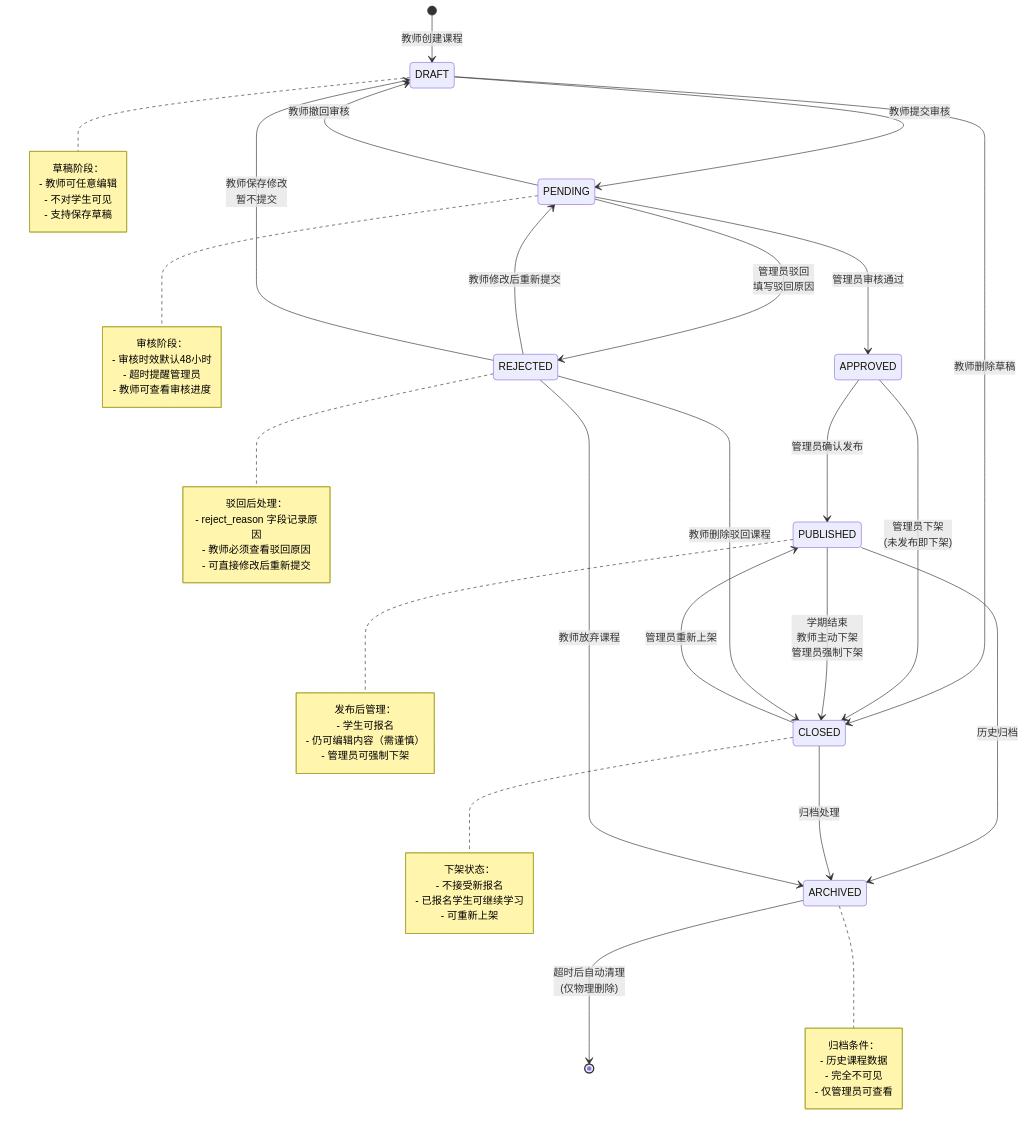
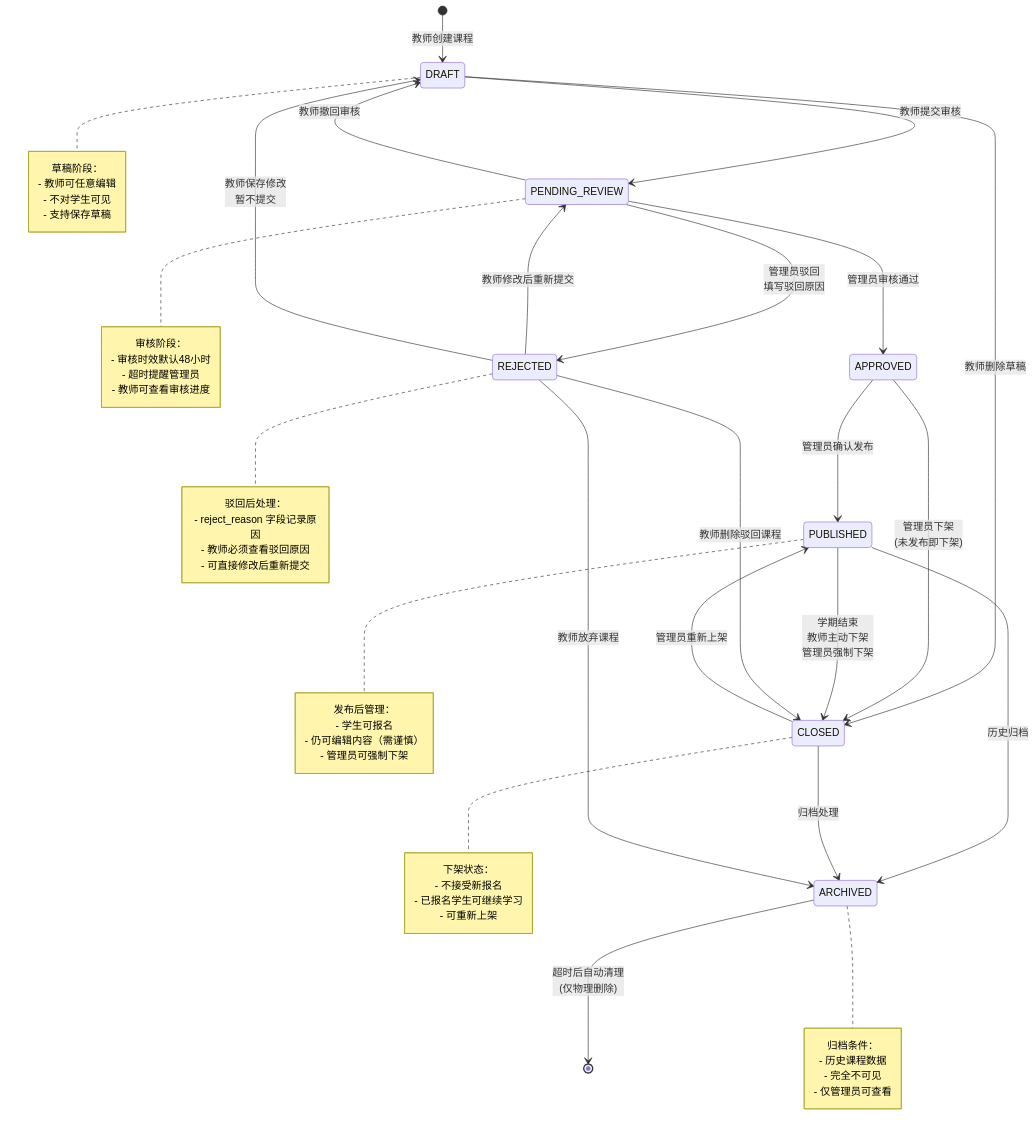
The second of 8 diagrams in docs/状态机设计.md (ailyedu2030/micro-course), drawn with Mermaid before and after one commit. The commit also changed other lines of this file and 99 other files, not shown here.

````diff
--- a/docs/状态机设计.md
+++ b/docs/状态机设计.md
@@ -175,62 +175,62 @@
 ```mermaid
 stateDiagram-v2
     [*] --> DRAFT: 教师创建课程
-    DRAFT --> PENDING: 教师提交审核
+    DRAFT --> PENDING_REVIEW: 教师提交审核
     DRAFT --> CLOSED: 教师删除草稿
-    PENDING --> APPROVED: 管理员审核通过
-    PENDING --> REJECTED: 管理员驳回<br/>填写驳回原因
-    PENDING --> DRAFT: 教师撤回审核
+    PENDING_REVIEW --> APPROVED: 管理员审核通过
+    PENDING_REVIEW --> REJECTED: 管理员驳回<br/>填写驳回原因
+    PENDING_REVIEW --> DRAFT: 教师撤回审核
     APPROVED --> PUBLISHED: 管理员确认发布
     APPROVED --> CLOSED: 管理员下架<br/>(未发布即下架)
     PUBLISHED --> CLOSED: 学期结束<br/>教师主动下架<br/>管理员强制下架
     PUBLISHED --> ARCHIVED: 历史归档
     CLOSED --> PUBLISHED: 管理员重新上架
     CLOSED --> ARCHIVED: 归档处理
-    REJECTED --> PENDING: 教师修改后重新提交
+    REJECTED --> PENDING_REVIEW: 教师修改后重新提交
     REJECTED --> DRAFT: 教师保存修改<br/>暂不提交
     REJECTED --> CLOSED: 教师删除驳回课程
     REJECTED --> ARCHIVED: 教师放弃课程
     ARCHIVED --> [*]: 超时后自动清理<br/>(仅物理删除)
 
     note right of DRAFT
         草稿阶段：
         - 教师可任意编辑
         - 不对学生可见
         - 支持保存草稿
     end note
 
-    note right of PENDING
+    note right of PENDING_REVIEW
         审核阶段：
         - 审核时效默认48小时
         - 超时提醒管理员
         - 教师可查看审核进度
     end note
 
     note right of REJECTED
         驳回后处理：
         - reject_reason 字段记录原因
         - 教师必须查看驳回原因
         - 可直接修改后重新提交
     end note
 
     note right of PUBLISHED
         发布后管理：
         - 学生可报名
         - 仍可编辑内容（需谨慎）
         - 管理员可强制下架
     end note
 
     note right of CLOSED
         下架状态：
         - 不接受新报名
         - 已报名学生可继续学习
         - 可重新上架
     end note
 
     note right of ARCHIVED
         归档条件：
         - 历史课程数据
         - 完全不可见
         - 仅管理员可查看
     end note
 ```
````
